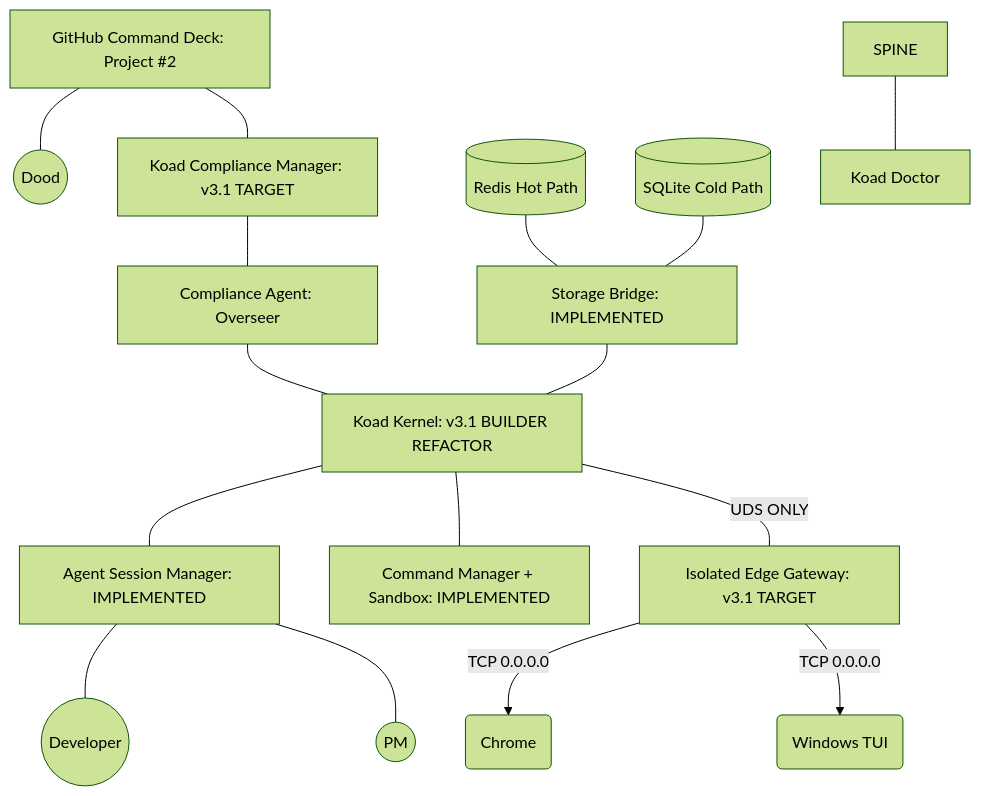
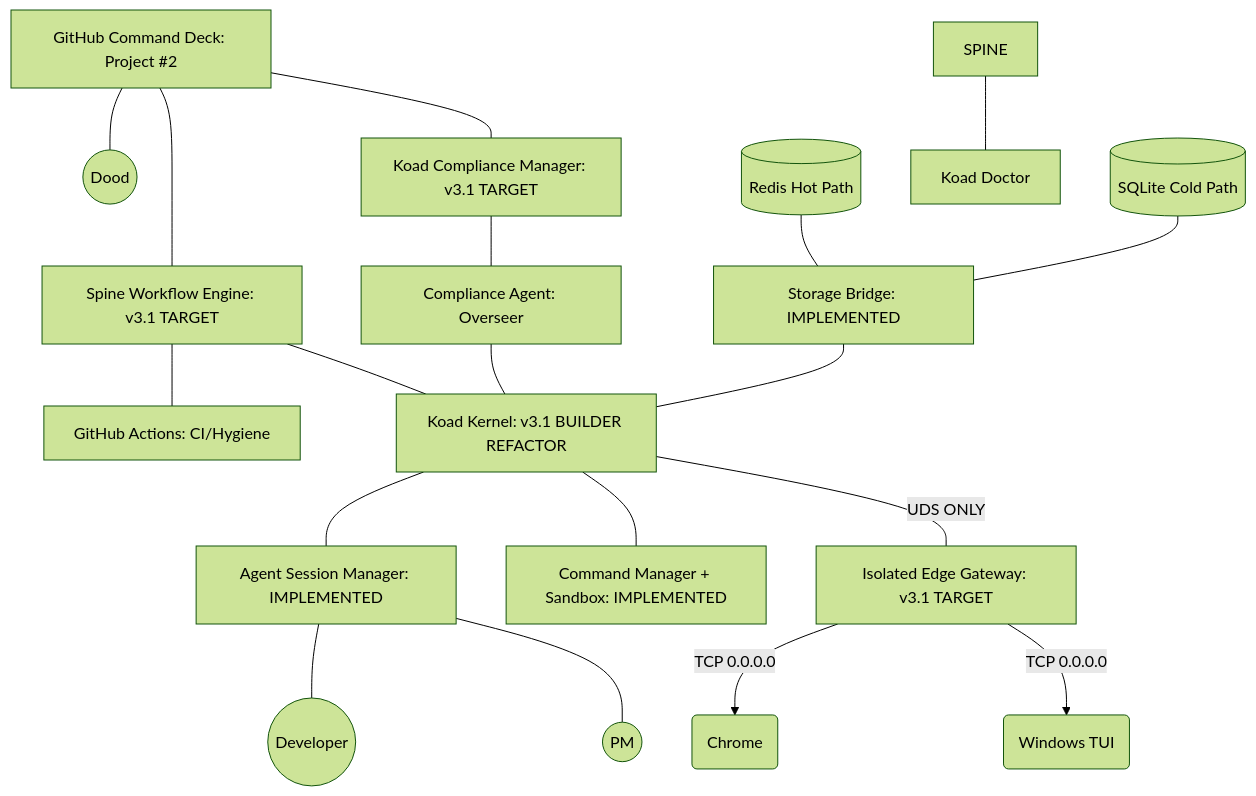
Before and after one commit to Fryymann/koad-os: the diagram in ARCHITECTURE.md, drawn with Mermaid (forest theme). The commit also changed 1 other file, not shown here.

Commit message:
feat(v3.1): deploy integrated workflow engine and automated compliance action

````diff
--- a/ARCHITECTURE.md
+++ b/ARCHITECTURE.md
@@ -10,30 +10,35 @@
 ```mermaid
 graph TD
     %% Oversight & Governance
     DECK[GitHub Command Deck: Project #2] --- ADMIN((Dood))
     DECK --- KCM[Koad Compliance Manager: v3.1 TARGET]
     KCM --- OV[Compliance Agent: Overseer]
     
-    OV --- KERNEL[Koad Kernel: v3.1 BUILDER REFACTOR]
+    %% Workflow Orchestration
+    DECK --- WF[Spine Workflow Engine: v3.1 TARGET]
+    WF --- ACTIONS[GitHub Actions: CI/Hygiene]
+    WF --- KERNEL[Koad Kernel: v3.1 BUILDER REFACTOR]
+
+    OV --- KERNEL
 
     %% Core Memory (Hydrated & Durable)
     Redis[(Redis Hot Path)] --- SB[Storage Bridge: IMPLEMENTED]
     SQLite[(SQLite Cold Path)] --- SB
     SB --- KERNEL[Koad Kernel: v3.1 BUILDER REFACTOR]
 
     %% Agent Layer (Process Managed)
     KERNEL --- ASM[Agent Session Manager: IMPLEMENTED]
     ASM --- DEV((Developer))
     ASM --- PM((PM))
     
     %% Execution Layer (Fused & Secure)
     KERNEL --- CM[Command Manager + Sandbox: IMPLEMENTED]
     
     %% Isolated I/O (The Air Gap)
     KERNEL ---|UDS ONLY| EDGE[Isolated Edge Gateway: v3.1 TARGET]
     EDGE -->|TCP 0.0.0.0| Web(Chrome)
     EDGE -->|TCP 0.0.0.0| TUI(Windows TUI)
     
     %% Diagnostics
     SPINE --- DOC[Koad Doctor]
 ```
````
